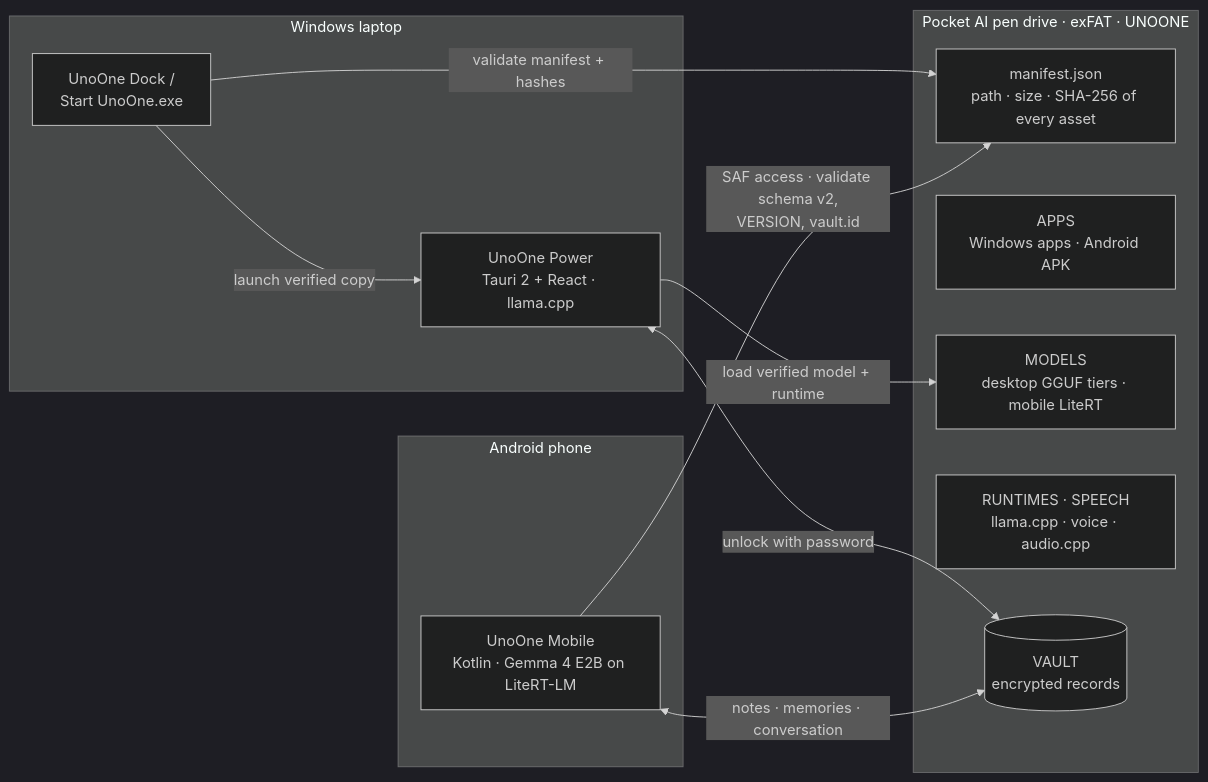
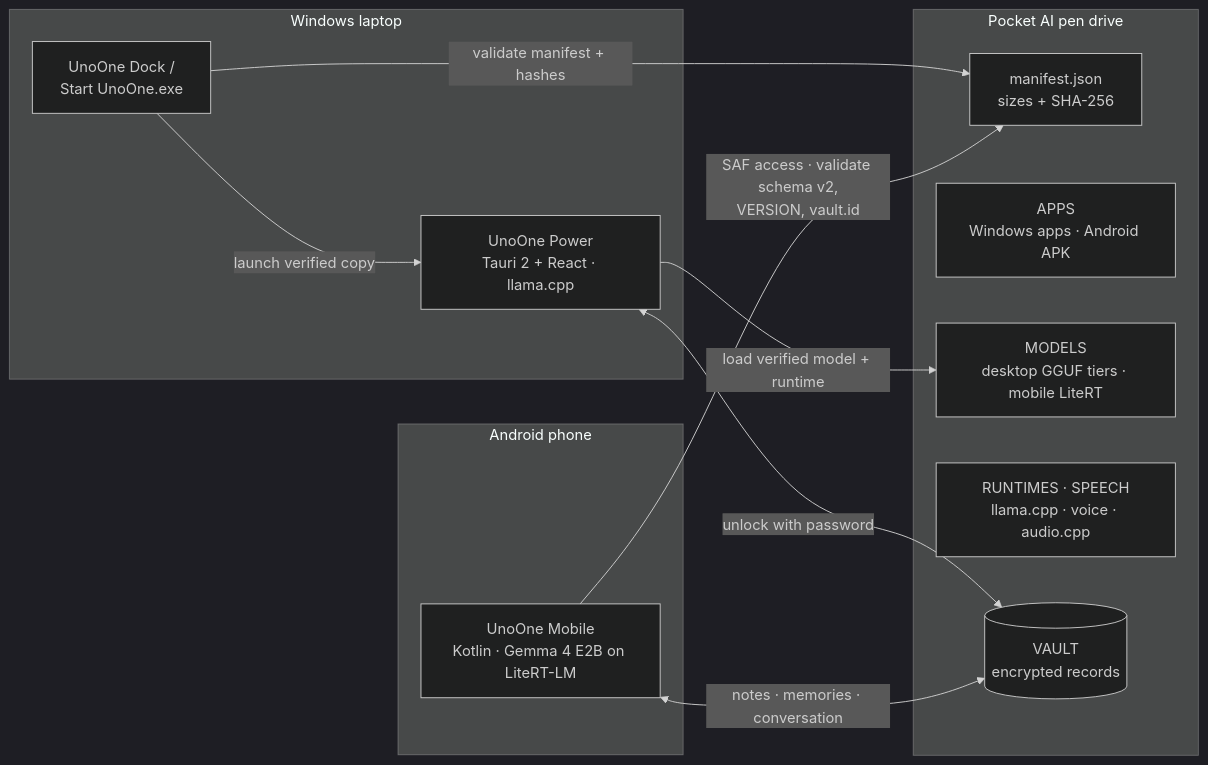
Before and after one commit to inbharatai/PAI.V2: the first of 6 diagrams in README.md, drawn with Mermaid (dark theme). The commit also changed other lines of this file, not shown here.

Commit message:
README: readable diagram layout
Launch and knowledge diagrams drawn top-to-bottom (left-to-right was scaled
unreadably small on GitHub); shorter overview labels so none are clipped.

````diff
--- a/README.md
+++ b/README.md
@@ -26,23 +26,23 @@
 ```mermaid
 flowchart LR
-    subgraph DRIVE["Pocket AI pen drive · exFAT · UNOONE"]
-        MAN["manifest.json<br/>path · size · SHA-256 of every asset"]
+    subgraph DRIVE["Pocket AI pen drive"]
+        MAN["manifest.json<br/>sizes + SHA-256"]
         APPS["APPS<br/>Windows apps · Android APK"]
         MODELS["MODELS<br/>desktop GGUF tiers · mobile LiteRT"]
         RUNTIMES["RUNTIMES · SPEECH<br/>llama.cpp · voice · audio.cpp"]
         VAULT[("VAULT<br/>encrypted records")]
     end
     subgraph PC["Windows laptop"]
         DOCK["UnoOne Dock /<br/>Start UnoOne.exe"]
         POWER["UnoOne Power<br/>Tauri 2 + React · llama.cpp"]
     end
     subgraph PHONE["Android phone"]
         MOBILE["UnoOne Mobile<br/>Kotlin · Gemma 4 E2B on LiteRT-LM"]
     end
     DOCK -->|"validate manifest + hashes"| MAN
     DOCK -->|"launch verified copy"| POWER
     POWER -->|"load verified model + runtime"| MODELS
     POWER <-->|"unlock with password"| VAULT
     MOBILE -->|"SAF access · validate schema v2,<br/>VERSION, vault.id"| MAN
     MOBILE <-->|"notes · memories · conversation"| VAULT
 ```
````
